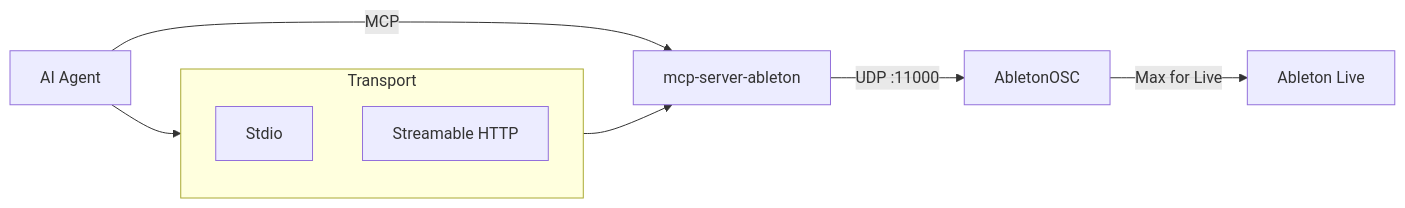
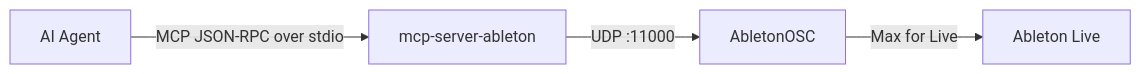
Before and after one commit to vaporif/mcp-server-ableton: the first of 2 diagrams in README.md, drawn with Mermaid. The commit also changed other lines of this file and 13 other files, not shown here.

````diff
--- a/README.md
+++ b/README.md
@@ -7,13 +7,6 @@
 ```mermaid
 graph LR
-    Agent[AI Agent] -->|MCP| Server[mcp-server-ableton]
+    Agent[AI Agent] -->|MCP JSON-RPC over stdio| Server[mcp-server-ableton]
     Server -->|UDP :11000| OSC[AbletonOSC]
     OSC -->|Max for Live| Ableton[Ableton Live]
-
-    subgraph Transport
-        Stdio
-        HTTP[Streamable HTTP]
-    end
-
-    Agent --> Transport --> Server
 ```
````
